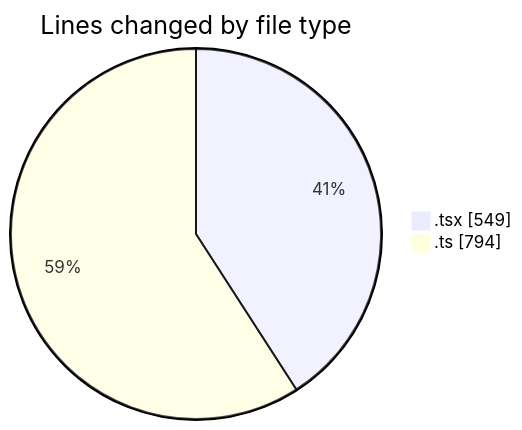
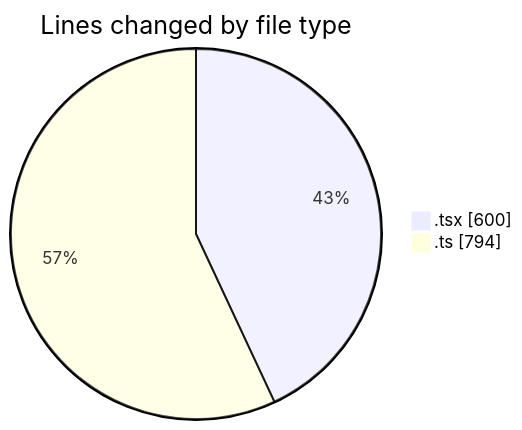
The first of 2 diagrams in 2025-10-14/eventscop-frontend-guide__workspace_/README.md (julien-gomy/code-tracking), drawn with Mermaid before and after one commit. The commit also changed other lines of this file and 1 other file, not shown here.

````diff
--- a/2025-10-14/eventscop-frontend-guide__workspace_/README.md
+++ b/2025-10-14/eventscop-frontend-guide__workspace_/README.md
@@ -28,6 +30,6 @@
 ```mermaid
 pie showData
 title Lines changed by file type
-".tsx" : 549
+".tsx" : 600
 ".ts" : 794
 ```
````
